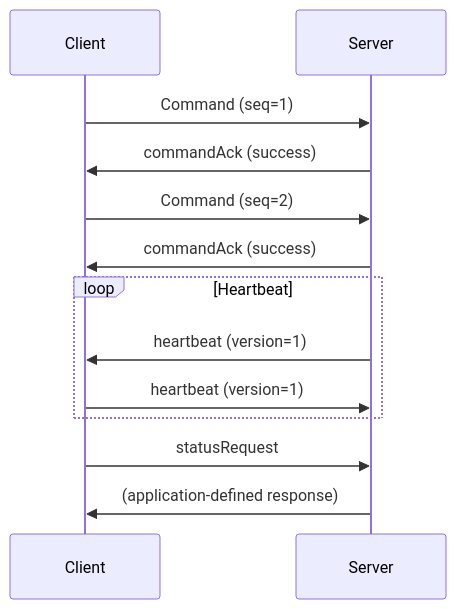
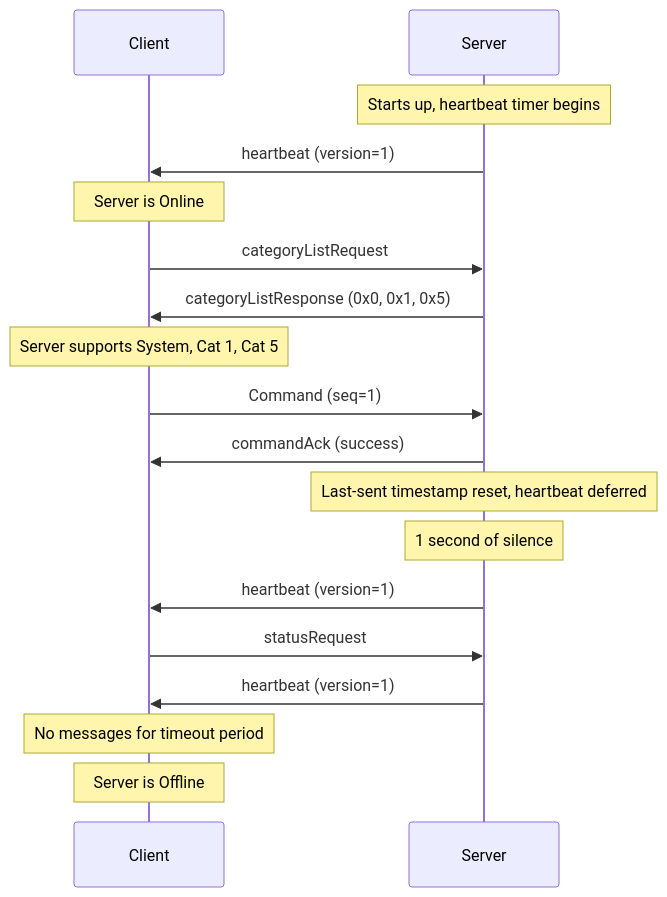
The fifth of 5 diagrams in documents/spec/can-protocol.md (embedded-pro/can-lite), drawn with Mermaid before and after one commit. The commit also changed other lines of this file and 47 other files, not shown here.

````diff
--- a/documents/spec/can-protocol.md
+++ b/documents/spec/can-protocol.md
@@ -239,19 +279,26 @@
 ```mermaid
 sequenceDiagram
     participant Client
     participant Server
 
+    Note over Server: Starts up, heartbeat timer begins
+    Server->>Client: heartbeat (version=1)
+    Note over Client: Server is Online
+
+    Client->>Server: categoryListRequest
+    Server->>Client: categoryListResponse (0x0, 0x1, 0x5)
+    Note over Client: Server supports System, Cat 1, Cat 5
+
     Client->>Server: Command (seq=1)
     Server->>Client: commandAck (success)
+    Note over Server: Last-sent timestamp reset, heartbeat deferred
 
-    Client->>Server: Command (seq=2)
-    Server->>Client: commandAck (success)
-
-    loop Heartbeat
-        Server->>Client: heartbeat (version=1)
-        Client->>Server: heartbeat (version=1)
-    end
+    Note over Server: 1 second of silence
+    Server->>Client: heartbeat (version=1)
 
     Client->>Server: statusRequest
-    Server->>Client: (application-defined response)
+    Server->>Client: heartbeat (version=1)
+
+    Note over Client: No messages for timeout period
+    Note over Client: Server is Offline
 ```
````
